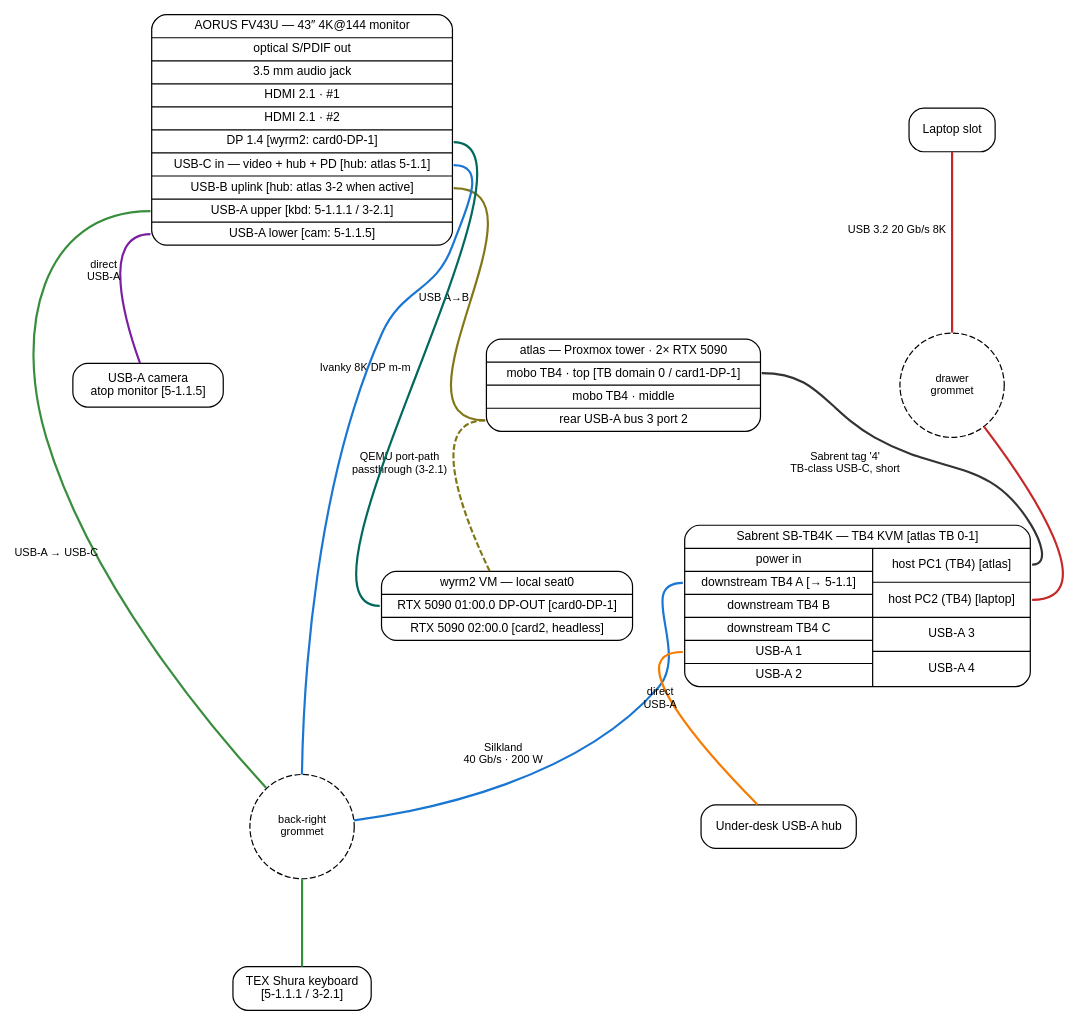
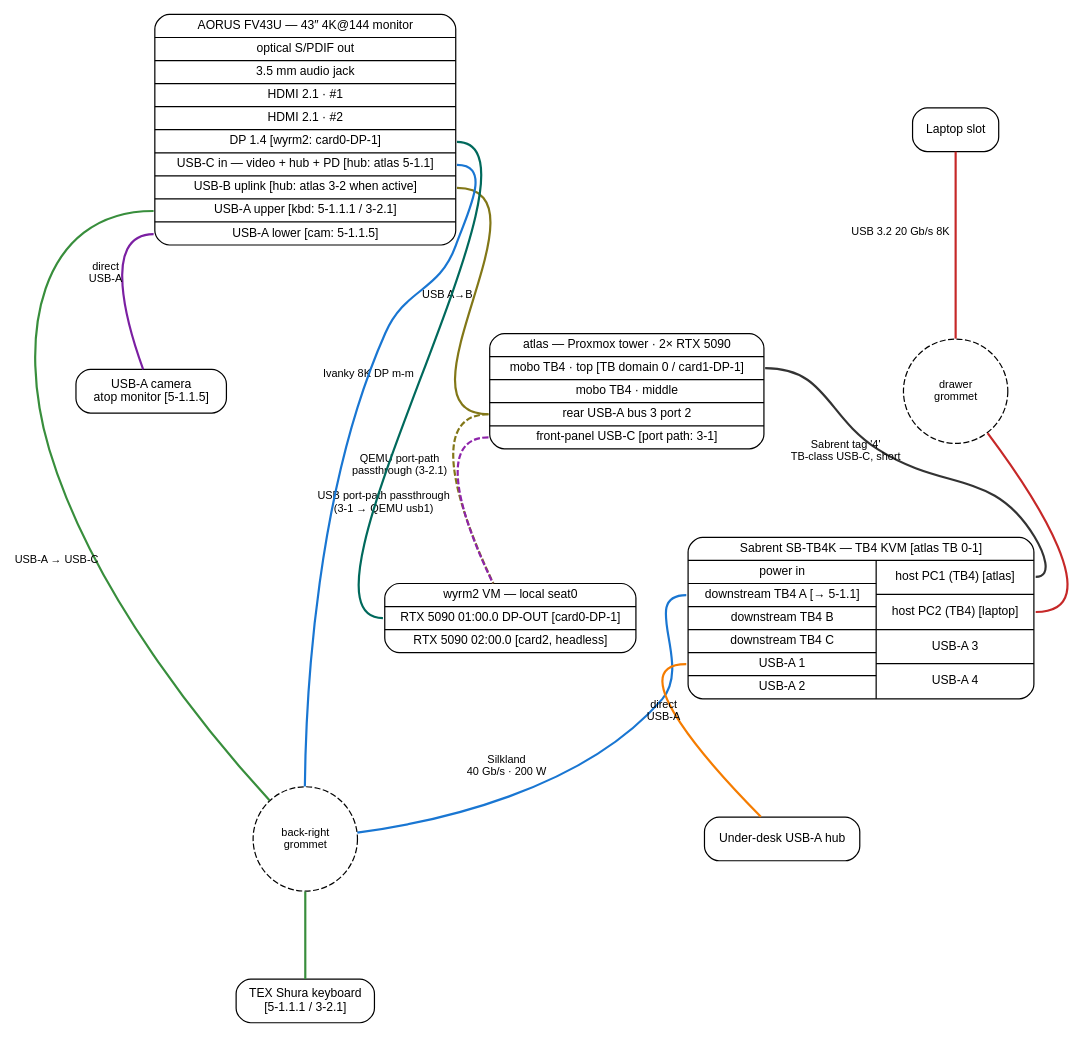
The diagram in desk/wiring_schematic.dot (agentydragon/ducktape), drawn with Graphviz before and after one commit. The commit also changed 4 other files, not shown here.

Commit message:
cluster: pass atlas front USB-C port to wyrm2

```diff
--- a/desk/wiring_schematic.dot
+++ b/desk/wiring_schematic.dot
@@ -1,40 +1,41 @@
 digraph desk_wiring {
     graph [fontname="Helvetica", nodesep=0.6, ranksep=1.0];
     node  [shape=Mrecord, fontname="Helvetica", fontsize=10];
     edge  [fontname="Helvetica", fontsize=9, penwidth=1.8, dir=none];
 
     monitor [label="{ AORUS FV43U — 43″ 4K@144 monitor | <spdif> optical S/PDIF out | <audio> 3.5 mm audio jack | <hdmi1> HDMI 2.1 · #1 | <hdmi2> HDMI 2.1 · #2 | <dp> DP 1.4 [wyrm2: card0-DP-1] | <usbc> USB-C in — video + hub + PD [hub: atlas 5-1.1] | <usbb> USB-B uplink [hub: atlas 3-2 when active] | <hi> USB-A upper [kbd: 5-1.1.1 / 3-2.1] | <lo> USB-A lower [cam: 5-1.1.5] }"];
 
     // KVM: header row, then two vertical columns side by side (peripheral / host)
     kvm [label="{ Sabrent SB-TB4K — TB4 KVM [atlas TB 0-1] | { { <pwr> power in | <ds_a> downstream TB4 A [→ 5-1.1] | <ds_b> downstream TB4 B | <ds_c> downstream TB4 C | <usba1> USB-A 1 | <usba2> USB-A 2 } | { <pc1> host PC1 (TB4) [atlas] | <pc2> host PC2 (TB4) [laptop] | <usba3> USB-A 3 | <usba4> USB-A 4 } } }"];
 
-    atlas [label="{ atlas — Proxmox tower · 2× RTX 5090 | <tb_top> mobo TB4 · top [TB domain 0 / card1-DP-1] | <tb_mid> mobo TB4 · middle | <usba_rear> rear USB-A bus 3 port 2 }"];
+    atlas [label="{ atlas — Proxmox tower · 2× RTX 5090 | <tb_top> mobo TB4 · top [TB domain 0 / card1-DP-1] | <tb_mid> mobo TB4 · middle | <usba_rear> rear USB-A bus 3 port 2 | <usbc_front> front-panel USB-C [port path: 3-1] }"];
 
     wyrm2 [label="{ wyrm2 VM — local seat0 | <dp_out> RTX 5090 01:00.0 DP-OUT [card0-DP-1] | <gpu1> RTX 5090 02:00.0 [card2, headless] }"];
 
     laptop [label="Laptop slot"];
 
     g_backright [shape=circle, style=dashed, label="back-right\ngrommet", fontsize=9, width=1.2, height=1.2];
     g_drawer    [shape=circle, style=dashed, label="drawer\ngrommet",    fontsize=9, width=1.2, height=1.2];
 
     cam [label="USB-A camera\natop monitor [5-1.1.5]"];
     kbd [label="TEX Shura keyboard\n[5-1.1.1 / 3-2.1]"];
     hub [label="Under-desk USB-A hub"];
 
     // xlabel keeps labels near edges without forcing the router to bend
     // cables around them.
     atlas:tb_top -> kvm:pc1 [xlabel="Sabrent tag '4'\nTB-class USB-C, short", color="#333333"];
     laptop -> g_drawer      [xlabel="USB 3.2 20 Gb/s 8K", color="#c62828"];
     g_drawer -> kvm:pc2     [color="#c62828"];
     kvm:ds_a -> g_backright [xlabel="Silkland\n40 Gb/s · 200 W", color="#1976d2"];
     g_backright -> monitor:usbc [color="#1976d2"];
     kvm:usba1 -> hub        [xlabel="direct\nUSB-A", color="#f57c00"];
     monitor:hi -> g_backright [xlabel="USB-A → USB-C", color="#388e3c"];
     g_backright -> kbd      [color="#388e3c"];
     monitor:lo -> cam       [xlabel="direct\nUSB-A", color="#7b1fa2"];
 
     // Gaming display path (Plan A rev 2 — wired 2026-07-05)
     wyrm2:dp_out -> monitor:dp [xlabel="Ivanky 8K DP m-m", color="#00695c"];
     monitor:usbb -> atlas:usba_rear [xlabel="USB A→B", color="#827717"];
     atlas:usba_rear -> wyrm2 [xlabel="QEMU port-path\npassthrough (3-2.1)", color="#827717", style=dashed];
+    atlas:usbc_front -> wyrm2 [xlabel="USB port-path passthrough\n(3-1 → QEMU usb1)", color="#8e24aa", style=dashed];
 }
```
